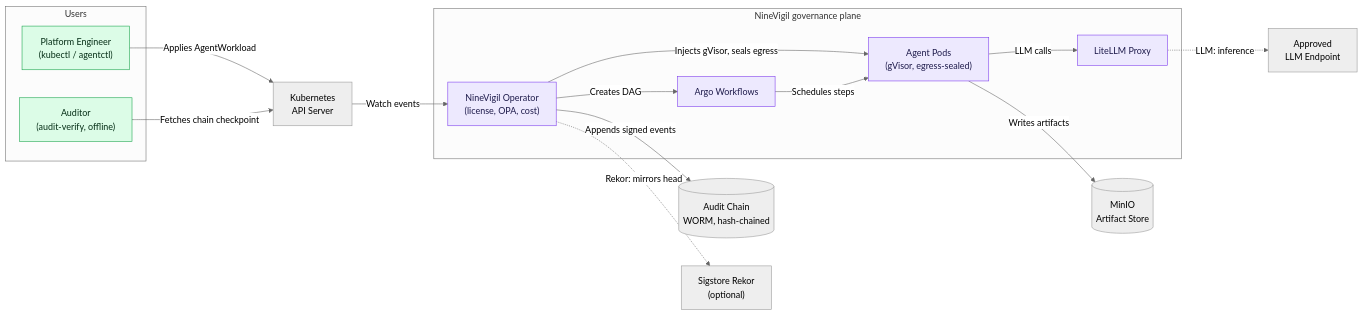
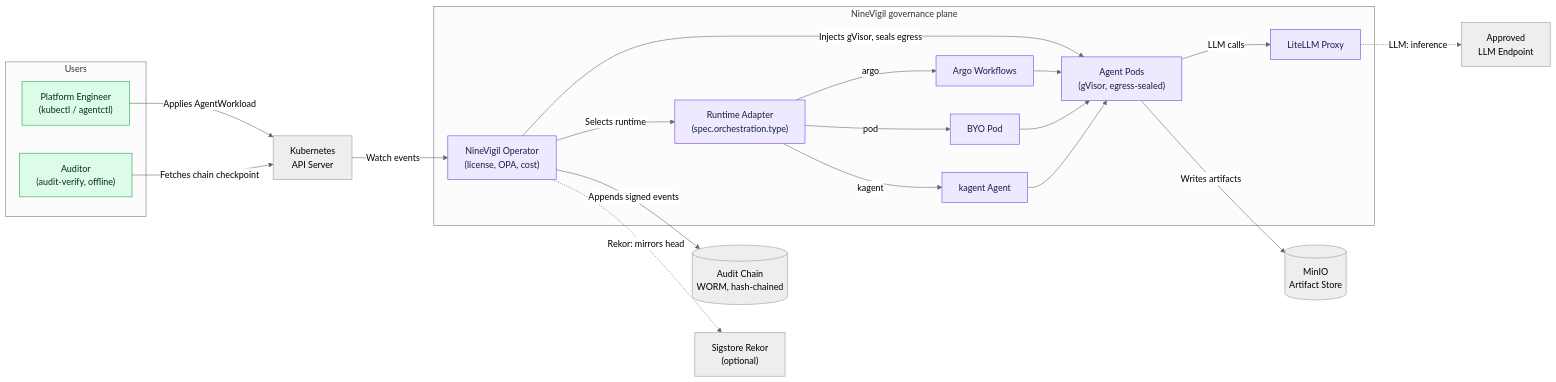
The diagram in README.md (Clawdlinux/agentic-operator-core), drawn with Mermaid (neutral theme) before and after one commit. The commit also changed other lines of this file and 3 other files, not shown here.

First line of the commit message:
feat(runtime): dispatch all runtimes through the adapter registry (#166)

````diff
--- a/README.md
+++ b/README.md
@@ -194,38 +194,46 @@
 ```mermaid
 flowchart LR
     subgraph clients["Users"]
         PE["Platform Engineer<br/>(kubectl / agentctl)"]
         AUD["Auditor<br/>(audit-verify, offline)"]
     end
 
     API["Kubernetes<br/>API Server"]
 
     subgraph plane["NineVigil governance plane"]
         OP["NineVigil Operator<br/>(license, OPA, cost)"]
+        RT["Runtime Adapter<br/>(spec.orchestration.type)"]
         ARGO["Argo Workflows"]
+        POD["BYO Pod"]
+        KAGENT["kagent Agent"]
         PODS["Agent Pods<br/>(gVisor, egress-sealed)"]
         PROXY["LiteLLM Proxy"]
     end
 
     LLMEP["Approved<br/>LLM Endpoint"]
     MINIO[("MinIO<br/>Artifact Store")]
     CHAIN[("Audit Chain<br/>WORM, hash-chained")]
     REKOR["Sigstore Rekor<br/>(optional)"]
 
     PE -->|Applies AgentWorkload| API
     AUD -->|Fetches chain checkpoint| API
     API -->|Watch events| OP
-    OP -->|Creates DAG| ARGO
+    OP -->|Selects runtime| RT
+    RT -->|argo| ARGO
+    RT -->|pod| POD
+    RT -->|kagent| KAGENT
     OP -->|Injects gVisor, seals egress| PODS
-    ARGO -->|Schedules steps| PODS
+    ARGO --> PODS
+    POD --> PODS
+    KAGENT --> PODS
     PODS -->|LLM calls| PROXY
     PROXY -.->|LLM: inference| LLMEP
     PODS -->|Writes artifacts| MINIO
     OP -->|Appends signed events| CHAIN
     OP -.->|Rekor: mirrors head| REKOR
 
     classDef plane fill:#ede9fe,stroke:#7c3aed,color:#1e1b4b;
     classDef clients fill:#dcfce7,stroke:#16a34a,color:#052e16;
-    class OP,ARGO,PODS,PROXY plane;
+    class OP,RT,ARGO,POD,KAGENT,PODS,PROXY plane;
     class PE,AUD clients;
 ```
````
